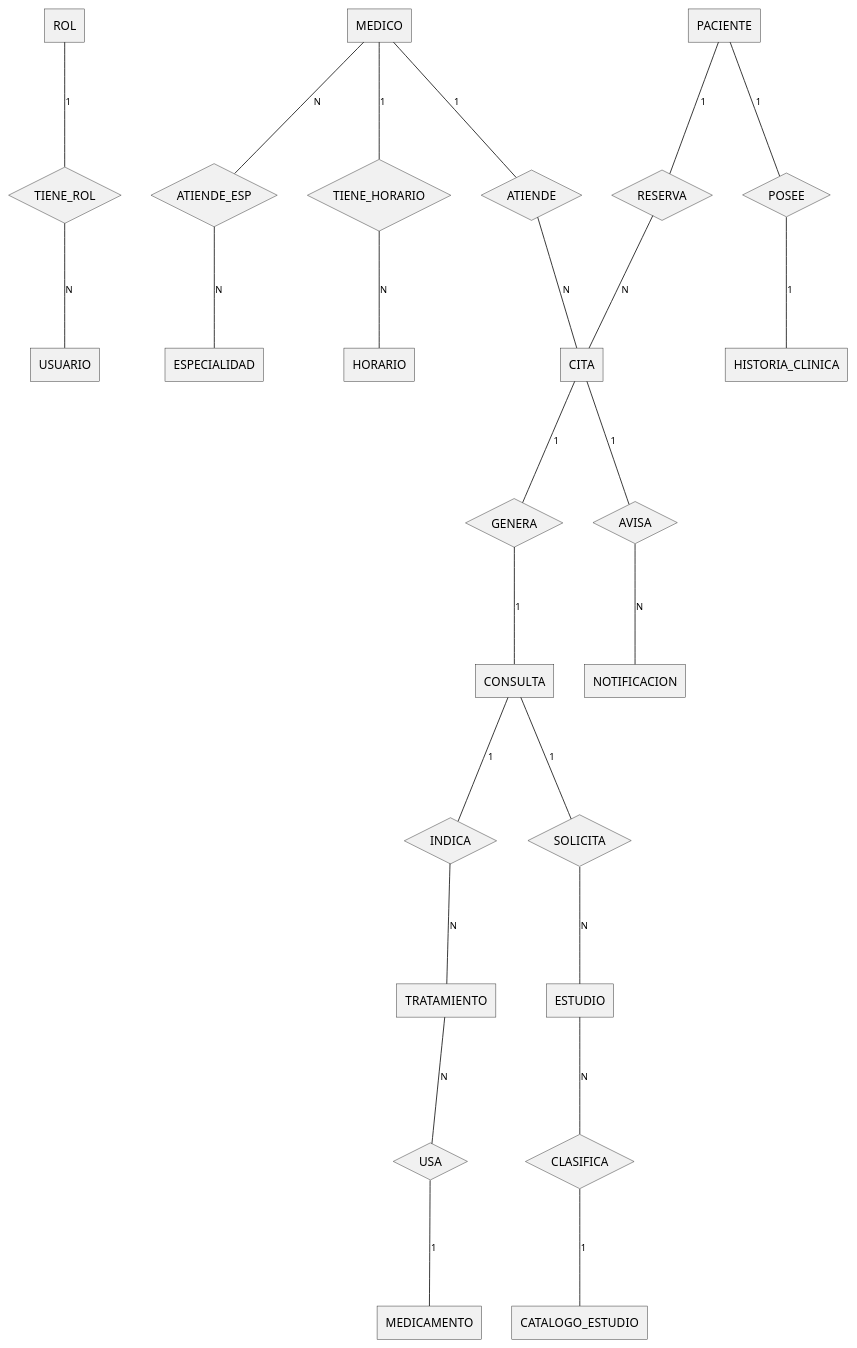
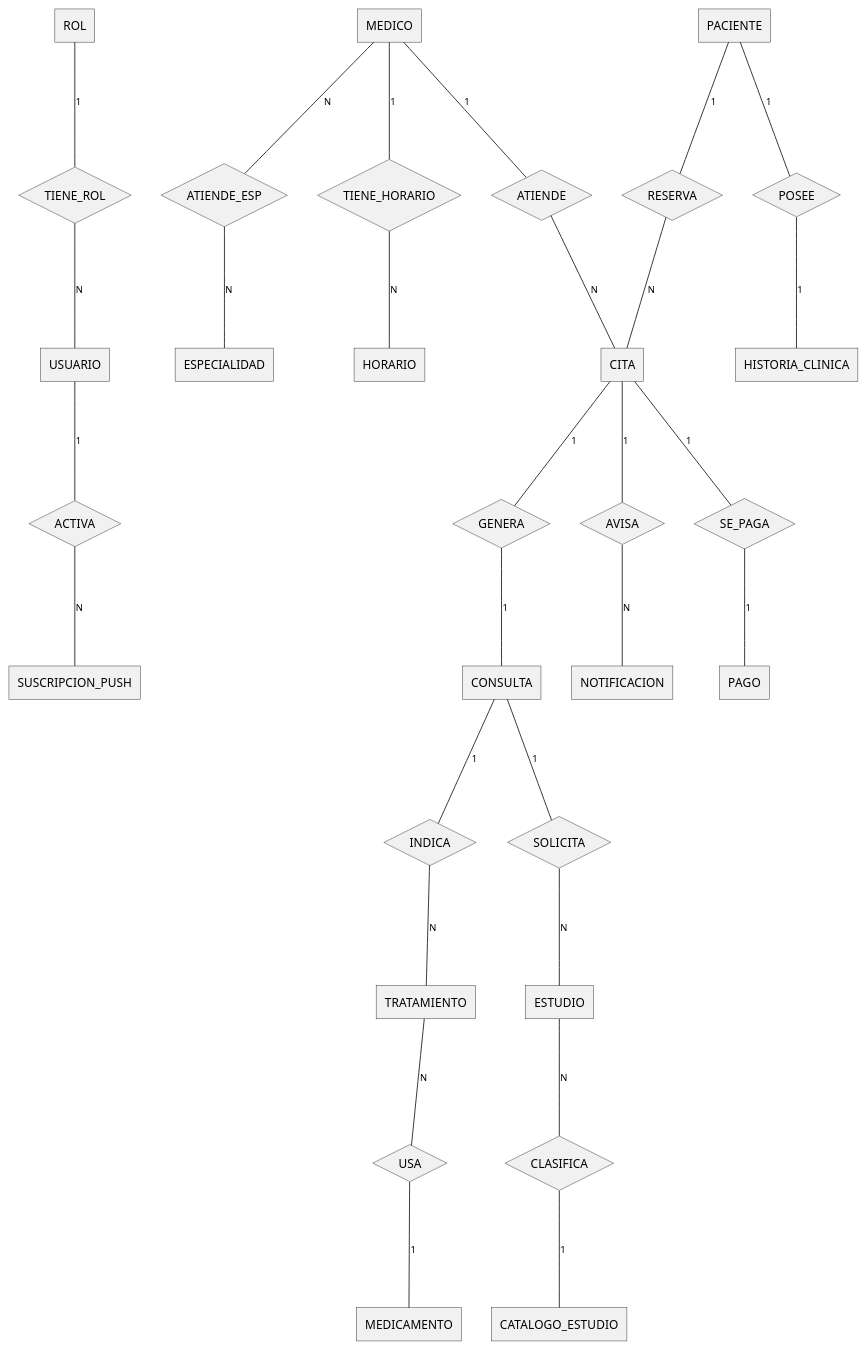
Before and after one commit to ronaldflores2004/VidaSalud: the diagram in docs/uml/plantuml/datos_conceptual.puml, drawn with PlantUML. The commit also changed 42 other files, not shown here.

First line of the commit message:
Documento: diagramas UML actualizados con P7 (CU21 Pagar ficha, CU22 Notificaciones)

```diff
--- a/docs/uml/plantuml/datos_conceptual.puml
+++ b/docs/uml/plantuml/datos_conceptual.puml
@@ -1,78 +1,90 @@
 @startchen
 entity ROL {
 }
 entity USUARIO {
 }
 entity MEDICO {
 }
 entity ESPECIALIDAD {
 }
 entity HORARIO {
 }
 entity PACIENTE {
 }
 entity CITA {
 }
 entity HISTORIA_CLINICA {
 }
 entity CONSULTA {
 }
 entity TRATAMIENTO {
 }
 entity MEDICAMENTO {
 }
 entity ESTUDIO {
 }
 entity CATALOGO_ESTUDIO {
 }
 entity NOTIFICACION {
 }
+entity PAGO {
+}
+entity SUSCRIPCION_PUSH {
+}
 relationship TIENE_ROL {
 }
 relationship ATIENDE_ESP {
 }
 relationship TIENE_HORARIO {
 }
 relationship RESERVA {
 }
 relationship ATIENDE {
 }
 relationship POSEE {
 }
 relationship GENERA {
 }
 relationship INDICA {
 }
 relationship USA {
 }
 relationship SOLICITA {
 }
 relationship CLASIFICA {
 }
 relationship AVISA {
+}
+relationship SE_PAGA {
+}
+relationship ACTIVA {
 }
 ROL -1- TIENE_ROL
 TIENE_ROL -N- USUARIO
 MEDICO -N- ATIENDE_ESP
 ATIENDE_ESP -N- ESPECIALIDAD
 MEDICO -1- TIENE_HORARIO
 TIENE_HORARIO -N- HORARIO
 PACIENTE -1- RESERVA
 RESERVA -N- CITA
 MEDICO -1- ATIENDE
 ATIENDE -N- CITA
 PACIENTE -1- POSEE
 POSEE -1- HISTORIA_CLINICA
 CITA -1- GENERA
 GENERA -1- CONSULTA
 CONSULTA -1- INDICA
 INDICA -N- TRATAMIENTO
 TRATAMIENTO -N- USA
 USA -1- MEDICAMENTO
 CONSULTA -1- SOLICITA
 SOLICITA -N- ESTUDIO
 ESTUDIO -N- CLASIFICA
 CLASIFICA -1- CATALOGO_ESTUDIO
 CITA -1- AVISA
 AVISA -N- NOTIFICACION
+CITA -1- SE_PAGA
+SE_PAGA -1- PAGO
+USUARIO -1- ACTIVA
+ACTIVA -N- SUSCRIPCION_PUSH
 @endchen
```
